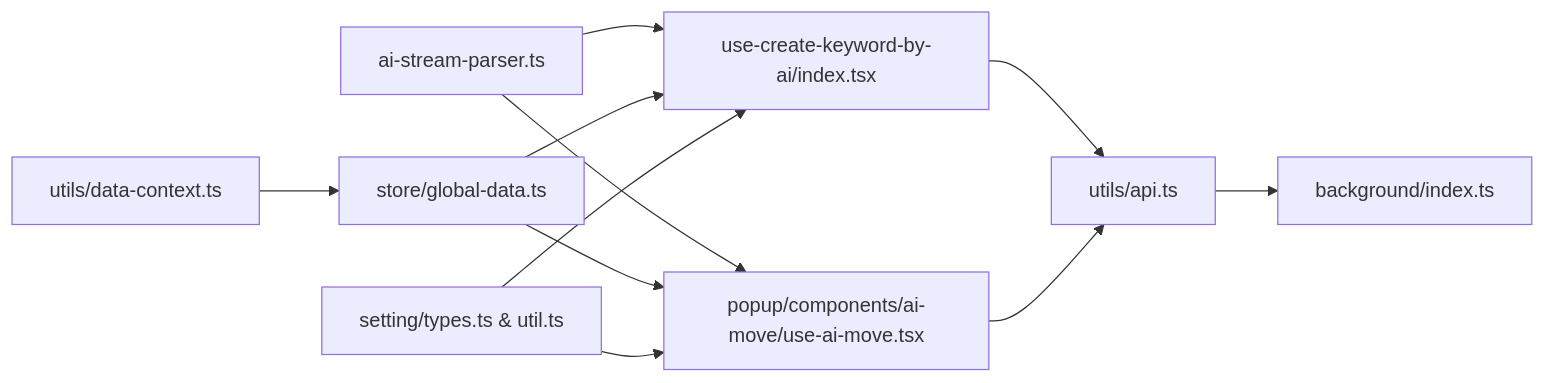
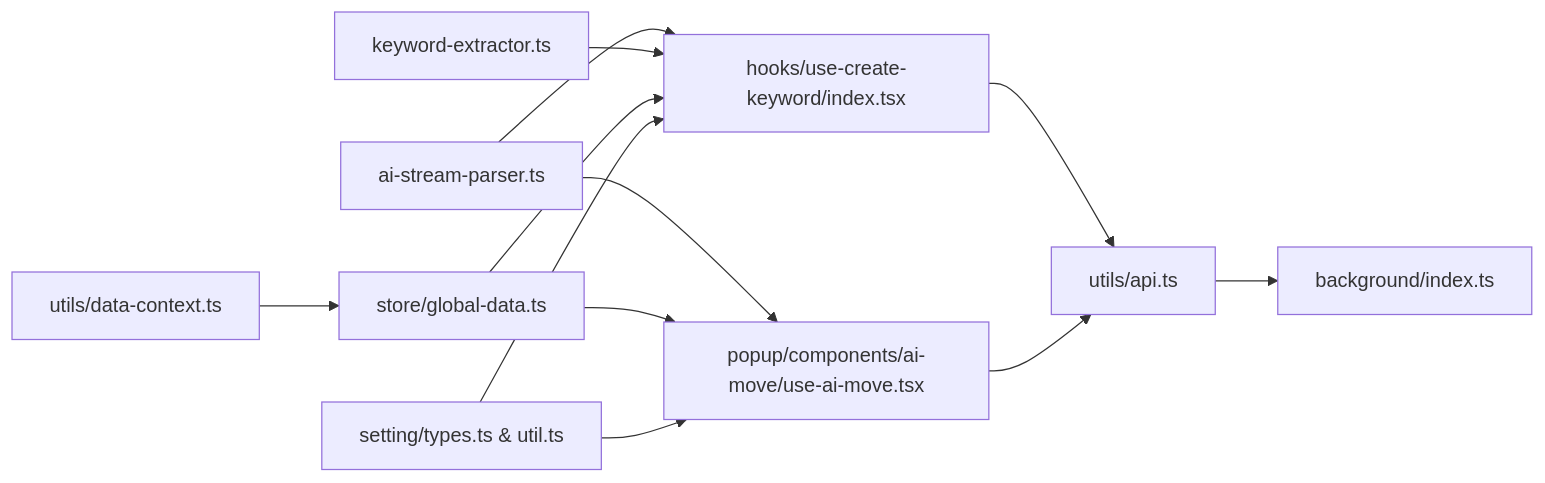
Before and after one commit to RadiumAg/bilibili-favorites: the seventh of 7 diagrams in .qoder/repowiki/zh/content/API参考文档/AI服务API.md, drawn with Mermaid. The commit also changed other lines of this file and 4 other files, not shown here.

````diff
--- a/.qoder/repowiki/zh/content/API参考文档/AI服务API.md
+++ b/.qoder/repowiki/zh/content/API参考文档/AI服务API.md
@@ -369,13 +408,14 @@
 ```mermaid
 graph LR
-UI1["use-create-keyword-by-ai/index.tsx"] --> API1["utils/api.ts"]
+UI1["hooks/use-create-keyword/index.tsx"] --> API1["utils/api.ts"]
 UI2["popup/components/ai-move/use-ai-move.tsx"] --> API1
 API1 --> BG1["background/index.ts"]
 Parser["ai-stream-parser.ts"] --> UI1
 Parser --> UI2
+Extractor["keyword-extractor.ts"] --> UI1
 Store["store/global-data.ts"] --> UI1
 Store --> UI2
 Types["utils/data-context.ts"] --> Store
 Settings["setting/types.ts & util.ts"] --> UI1
 Settings --> UI2
 ```
````
